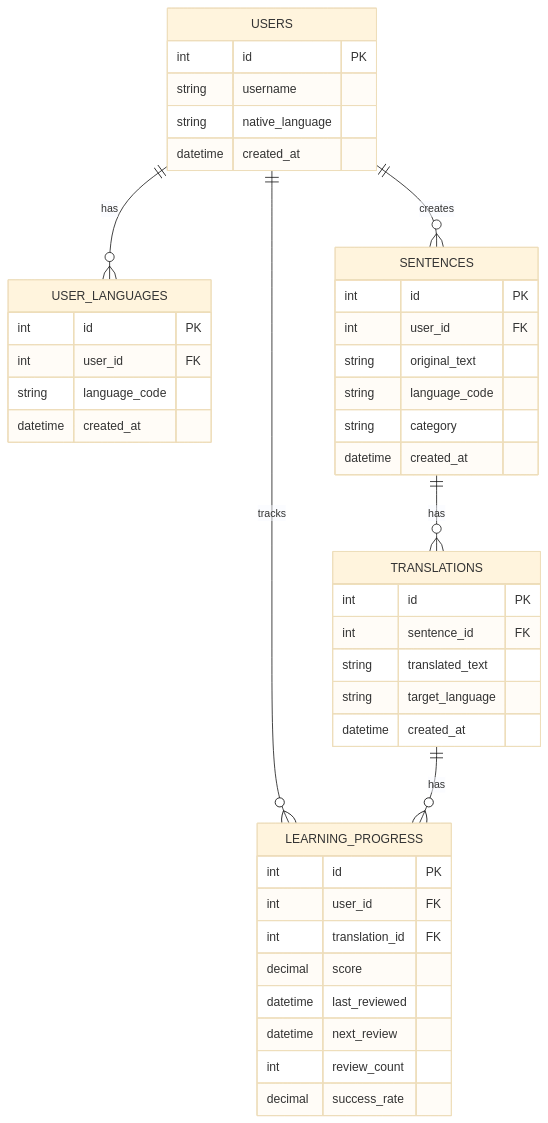
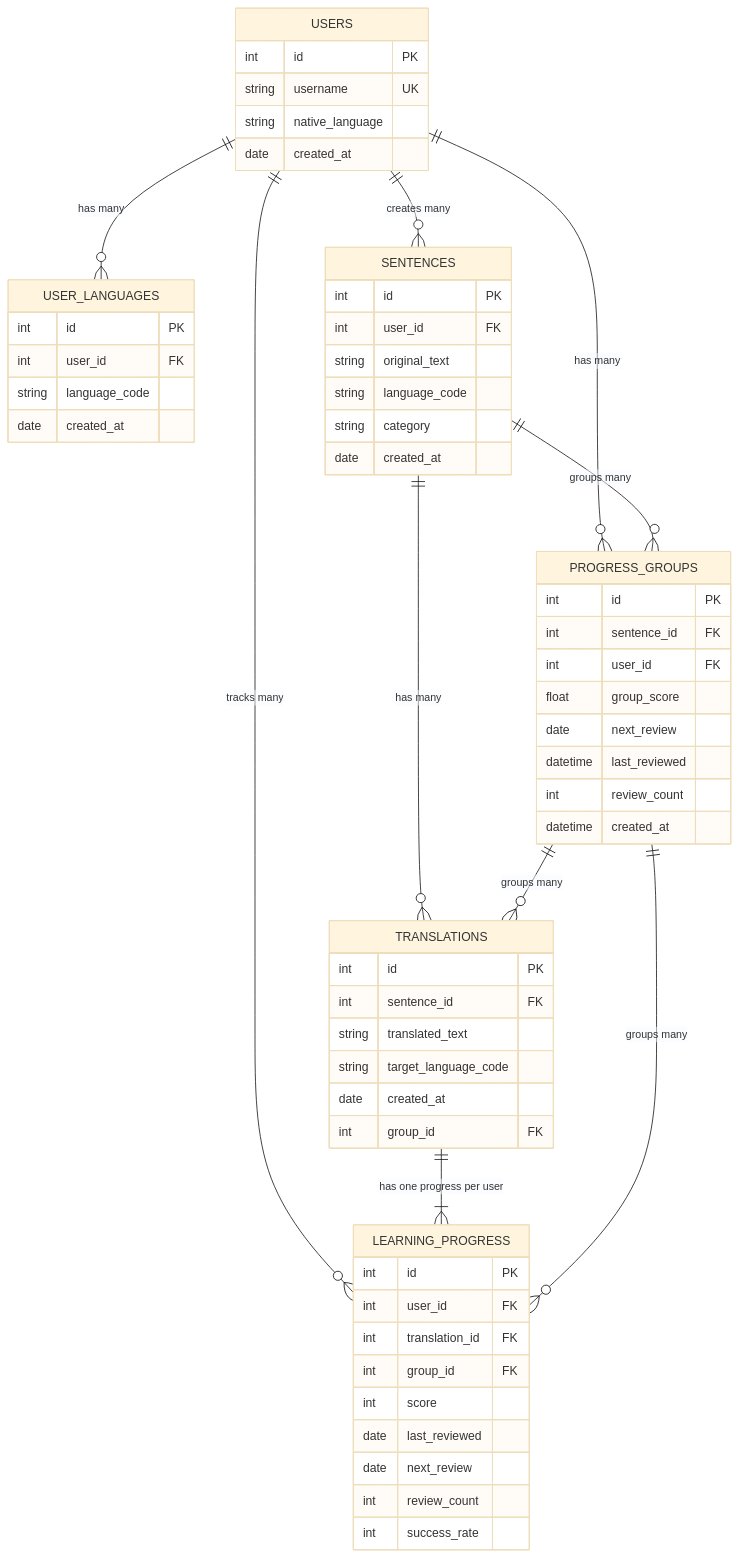
The second of 2 diagrams in README.md (Moktur/N-LanguagesAI), drawn with Mermaid (base theme) before and after one commit. The commit also changed other lines of this file, not shown here.

Commit message:
Update db Schema README.md

````diff
--- a/README.md
+++ b/README.md
@@ -169,50 +169,62 @@
 ```mermaid
 erDiagram
-    USERS ||--o{ USER_LANGUAGES : "has"
-    USERS ||--o{ SENTENCES : "creates"
-    USERS ||--o{ LEARNING_PROGRESS : "tracks"
-    SENTENCES ||--o{ TRANSLATIONS : "has"
-    TRANSLATIONS ||--o{ LEARNING_PROGRESS : "has"
+    USERS ||--o{ USER_LANGUAGES : "has many"
+    USERS ||--o{ SENTENCES : "creates many"
+    USERS ||--o{ LEARNING_PROGRESS : "tracks many"
+    USERS ||--o{ PROGRESS_GROUPS : "has many"
+    SENTENCES ||--o{ TRANSLATIONS : "has many"
+    SENTENCES ||--o{ PROGRESS_GROUPS : "groups many"
+    TRANSLATIONS ||--|{ LEARNING_PROGRESS : "has one progress per user"
+    PROGRESS_GROUPS ||--o{ TRANSLATIONS : "groups many"
+    PROGRESS_GROUPS ||--o{ LEARNING_PROGRESS : "groups many"
 
     USERS {
         int id PK
-        string username
+        string username UK
         string native_language
-        datetime created_at
+        date created_at
     }
-
     USER_LANGUAGES {
         int id PK
         int user_id FK
         string language_code
-        datetime created_at
+        date created_at
     }
-
     SENTENCES {
         int id PK
         int user_id FK
         string original_text
         string language_code
         string category
-        datetime created_at
+        date created_at
     }
-
     TRANSLATIONS {
         int id PK
         int sentence_id FK
         string translated_text
-        string target_language
-        datetime created_at
+        string target_language_code
+        date created_at
+        int group_id FK
     }
-
     LEARNING_PROGRESS {
         int id PK
         int user_id FK
         int translation_id FK
-        decimal score
+        int group_id FK
+        int score
+        date last_reviewed
+        date next_review
+        int review_count
+        int success_rate
+    }
+    PROGRESS_GROUPS {
+        int id PK
+        int sentence_id FK
+        int user_id FK
+        float group_score
+        date next_review
         datetime last_reviewed
-        datetime next_review
         int review_count
-        decimal success_rate
+        datetime created_at
     }
 ```
````
